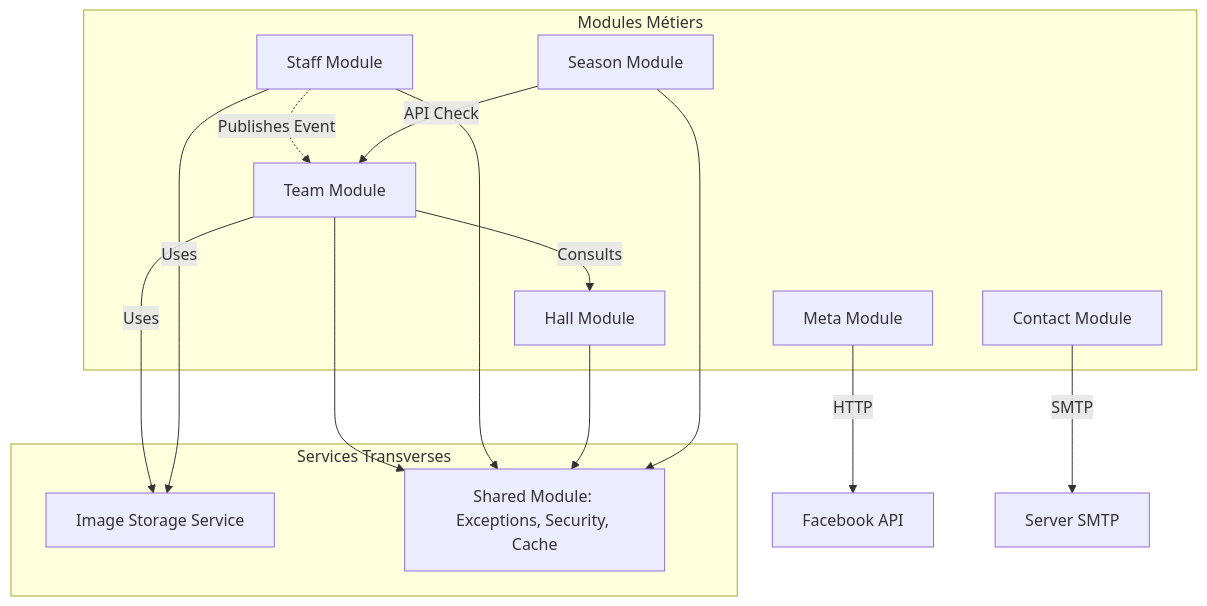
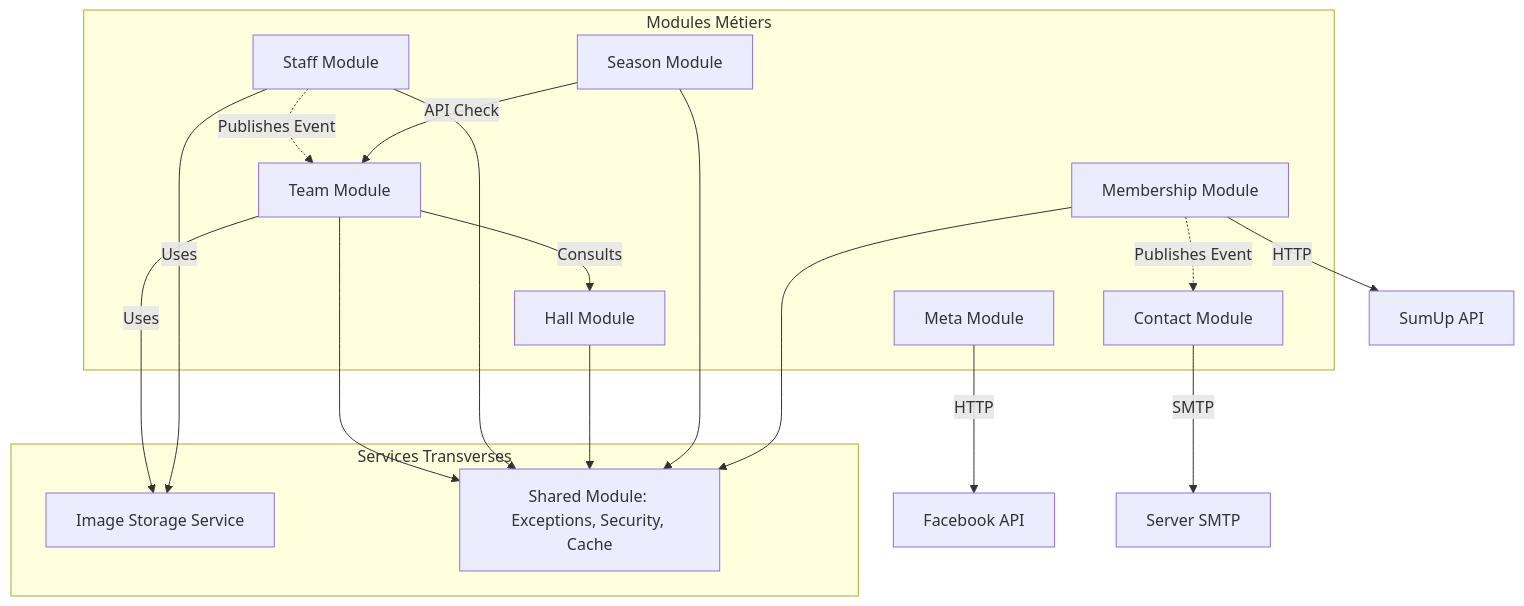
The second of 45 diagrams in docs/design_document.md (bbsebb/ashs-new), drawn with Mermaid before and after one commit.

Commit message:
docs: add Membership Module to backend architecture detailed diagram

````diff
--- a/docs/design_document.md
+++ b/docs/design_document.md
@@ -29,26 +29,29 @@
 ```mermaid
 graph TD
     subgraph Modules Métiers
         Team[Team Module]
         Staff[Staff Module]
         Hall[Hall Module]
         Season[Season Module]
         Contact[Contact Module]
         Meta[Meta Module]
+        Membership[Membership Module]
     end
 
     subgraph Services Transverses
         Image[Image Storage Service]
         Shared[Shared Module: Exceptions, Security, Cache]
     end
 
     Team -->|Uses| Image
     Team -->|Consults| Hall
     Staff -->|Uses| Image
     Staff -.->|Publishes Event| Team
     Season -->|API Check| Team
     Meta -->|HTTP| MetaAPI[Facebook API]
     Contact -->|SMTP| MailServer[Server SMTP]
+    Membership -.->|Publishes Event| Contact
+    Membership -->|HTTP| SumUpAPI[SumUp API]
     
-    Team & Staff & Hall & Season --> Shared
+    Team & Staff & Hall & Season & Membership --> Shared
 ```
````
